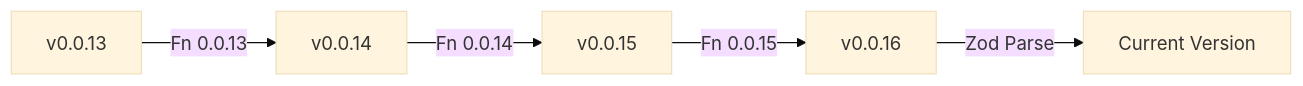
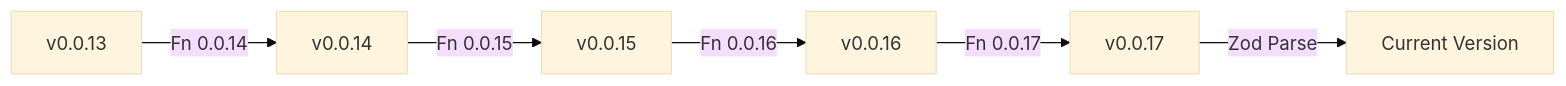
Before and after one commit to kevinchatham/tressi: the second of 2 diagrams in docs/05-internals/05-schema-migrations.md, drawn with Mermaid (base theme). The commit also changed other lines of this file and 84 other files, not shown here.

````diff
--- a/docs/05-internals/05-schema-migrations.md
+++ b/docs/05-internals/05-schema-migrations.md
@@ -117,7 +114,8 @@
 ```mermaid
 flowchart LR
-    V1[v0.0.13] -->|Fn 0.0.13| V2[v0.0.14]
-    V2 -->|Fn 0.0.14| V3[v0.0.15]
-    V3 -->|Fn 0.0.15| V4[v0.0.16]
-    V4 -->|Zod Parse| Final[Current Version]
+    V1[v0.0.13] -->|Fn 0.0.14| V2[v0.0.14]
+    V2 -->|Fn 0.0.15| V3[v0.0.15]
+    V3 -->|Fn 0.0.16| V4[v0.0.16]
+    V4 -->|Fn 0.0.17| V5[v0.0.17]
+    V5 -->|Zod Parse| Final[Current Version]
 ```
````
